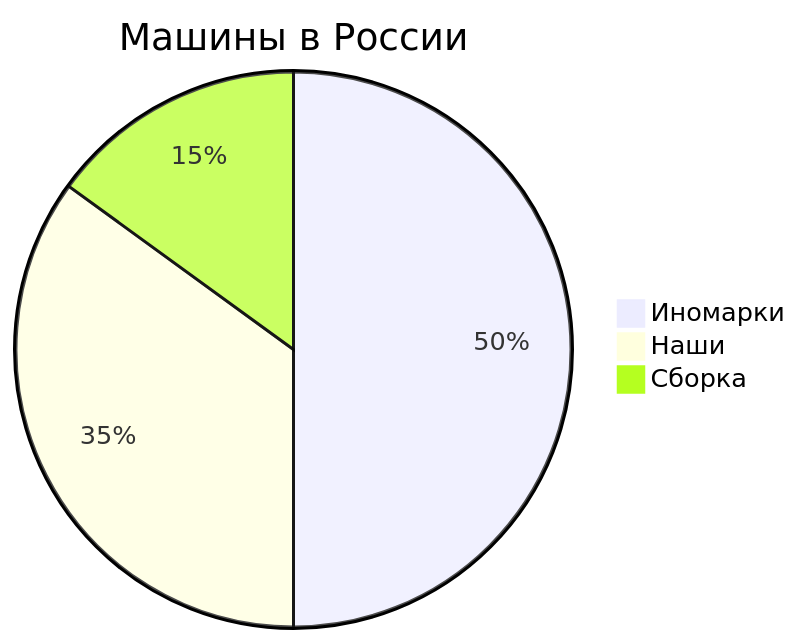
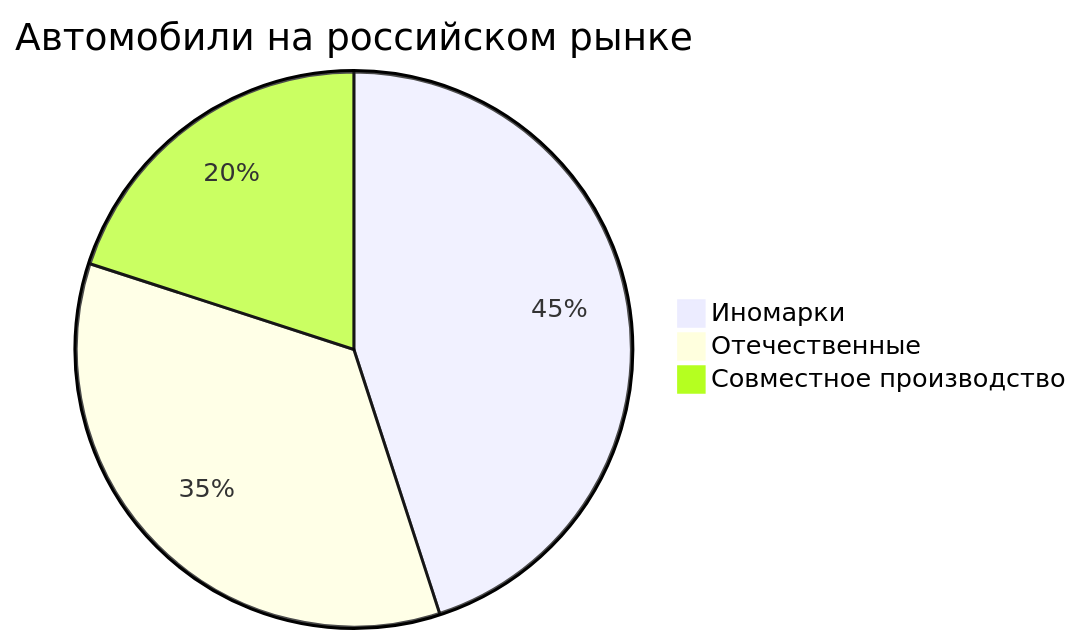
Before and after one commit to Evgeny65ok/mermaid-diagrams: the ninth of 9 diagrams in README.md, drawn with Mermaid. The commit also changed other lines of this file, not shown here.

````diff
--- a/README.md
+++ b/README.md
@@ -161,6 +208,6 @@
 ```mermaid
-pie title Машины в России
-    "Иномарки" : 50
-    "Наши" : 35
-    "Сборка" : 15
+pie title Автомобили на российском рынке
+    "Иномарки" : 45
+    "Отечественные" : 35
+    "Совместное производство" : 20
 ```
````
